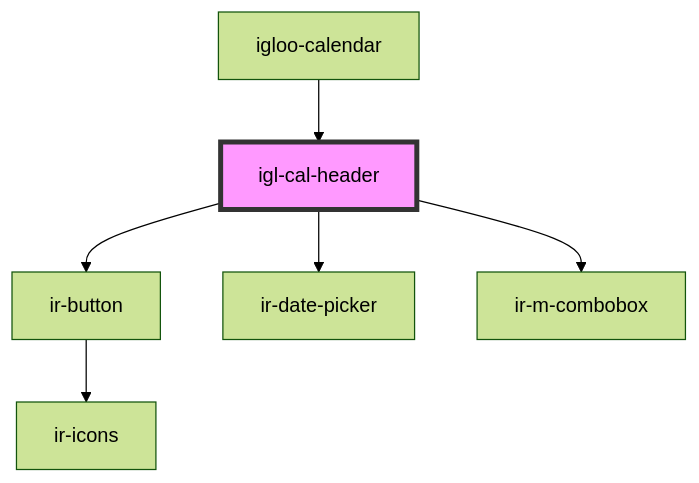
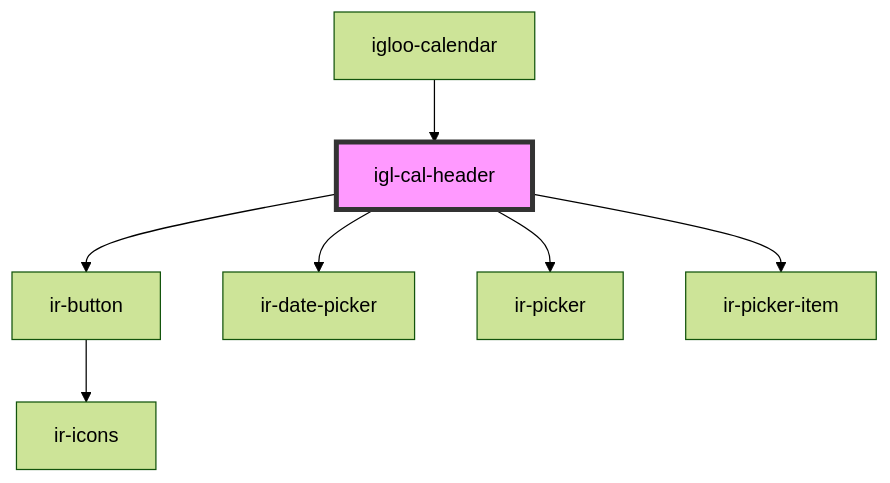
Before and after one commit to David1Chowaifaty/modified-ir-webcmp: the diagram in src/components/igloo-calendar/igl-cal-header/readme.md, drawn with Mermaid (forest theme). The commit also changed other lines of this file and 26 other files, not shown here.

````diff
--- a/src/components/igloo-calendar/igl-cal-header/readme.md
+++ b/src/components/igloo-calendar/igl-cal-header/readme.md
@@ -42,9 +43,10 @@
 ```mermaid
 graph TD;
   igl-cal-header --> ir-button
   igl-cal-header --> ir-date-picker
-  igl-cal-header --> ir-m-combobox
+  igl-cal-header --> ir-picker
+  igl-cal-header --> ir-picker-item
   ir-button --> ir-icons
   igloo-calendar --> igl-cal-header
   style igl-cal-header fill:#f9f,stroke:#333,stroke-width:4px
 ```
````
